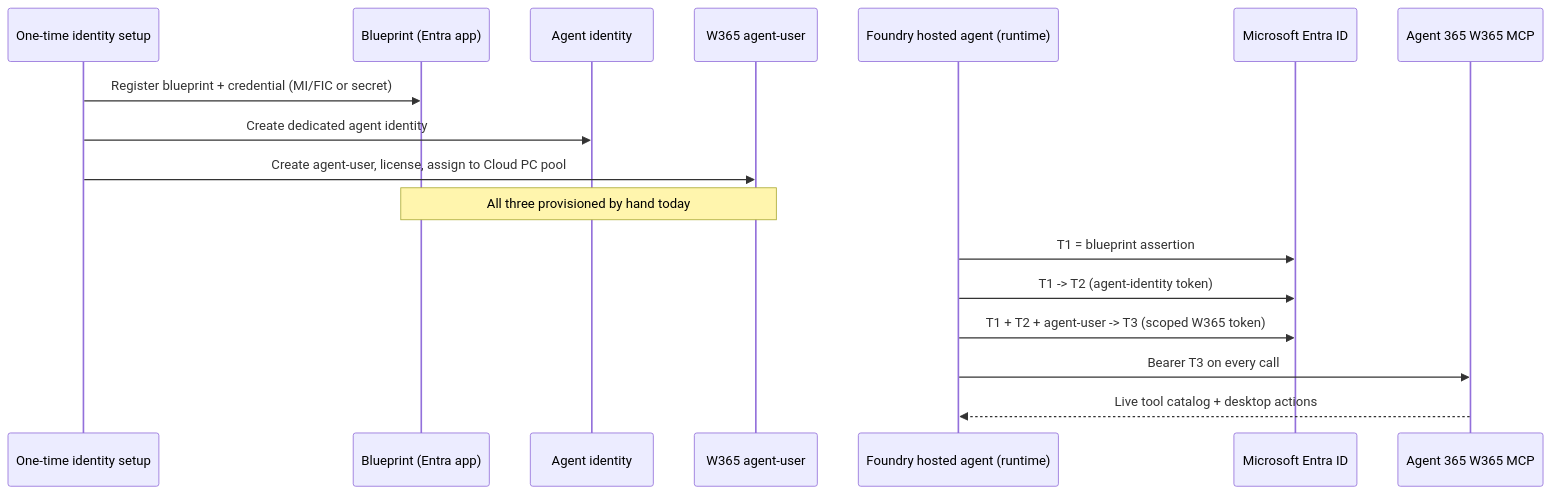
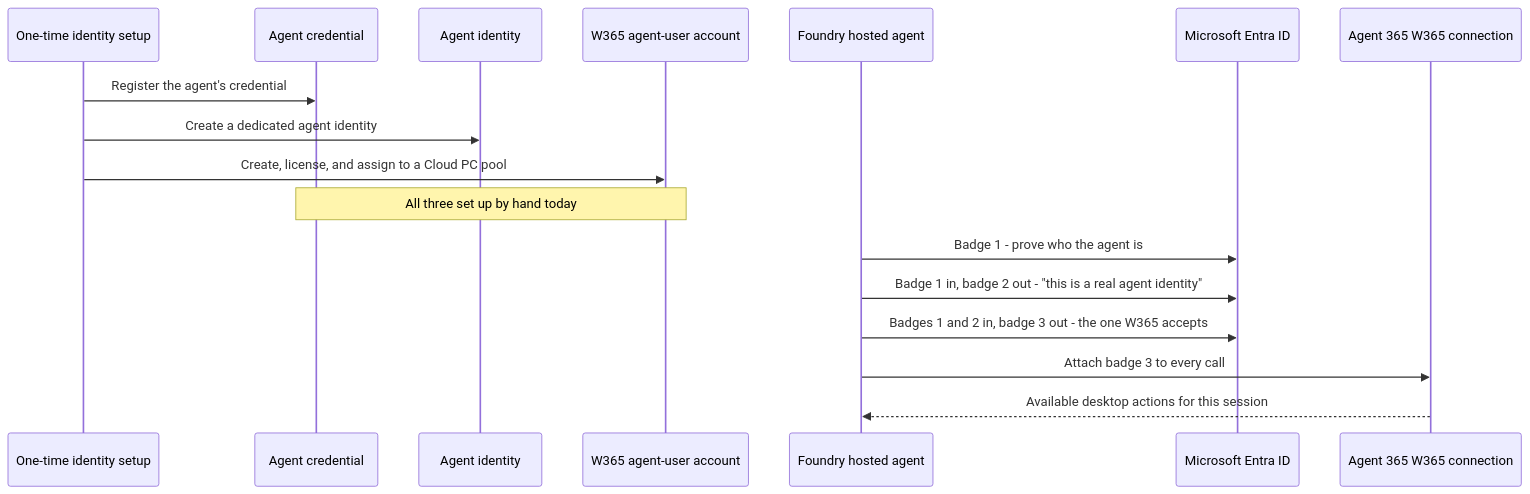
The second of 2 diagrams in docs/LEADERSHIP-DEMO-SCRIPT.md (pachaturvedi/computer-use-foundry-agent-win365), drawn with Mermaid before and after one commit. The commit also changed other lines of this file and 1 other file, not shown here.

First line of the commit message:
docs: use plain-language identity explanations in leadership demo

````diff
--- a/docs/LEADERSHIP-DEMO-SCRIPT.md
+++ b/docs/LEADERSHIP-DEMO-SCRIPT.md
@@ -88,20 +94,20 @@
 ```mermaid
 sequenceDiagram
     participant Setup as One-time identity setup
-    participant Blueprint as Blueprint (Entra app)
+    participant Blueprint as Agent credential
     participant AgentId as Agent identity
-    participant AgentUser as W365 agent-user
-    Setup->>Blueprint: Register blueprint + credential (MI/FIC or secret)
-    Setup->>AgentId: Create dedicated agent identity
-    Setup->>AgentUser: Create agent-user, license, assign to Cloud PC pool
-    Note over Blueprint,AgentUser: All three provisioned by hand today
+    participant AgentUser as W365 agent-user account
+    Setup->>Blueprint: Register the agent's credential
+    Setup->>AgentId: Create a dedicated agent identity
+    Setup->>AgentUser: Create, license, and assign to a Cloud PC pool
+    Note over Blueprint,AgentUser: All three set up by hand today
 
-    participant Runtime as Foundry hosted agent (runtime)
+    participant Runtime as Foundry hosted agent
     participant Entra as Microsoft Entra ID
-    participant MCP as Agent 365 W365 MCP
-    Runtime->>Entra: T1 = blueprint assertion
-    Runtime->>Entra: T1 -> T2 (agent-identity token)
-    Runtime->>Entra: T1 + T2 + agent-user -> T3 (scoped W365 token)
-    Runtime->>MCP: Bearer T3 on every call
-    MCP-->>Runtime: Live tool catalog + desktop actions
+    participant MCP as Agent 365 W365 connection
+    Runtime->>Entra: Badge 1 - prove who the agent is
+    Runtime->>Entra: Badge 1 in, badge 2 out - "this is a real agent identity"
+    Runtime->>Entra: Badges 1 and 2 in, badge 3 out - the one W365 accepts
+    Runtime->>MCP: Attach badge 3 to every call
+    MCP-->>Runtime: Available desktop actions for this session
 ```
````
